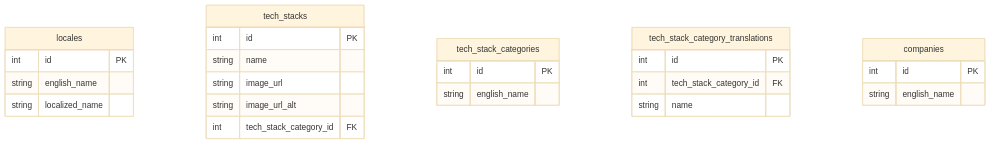
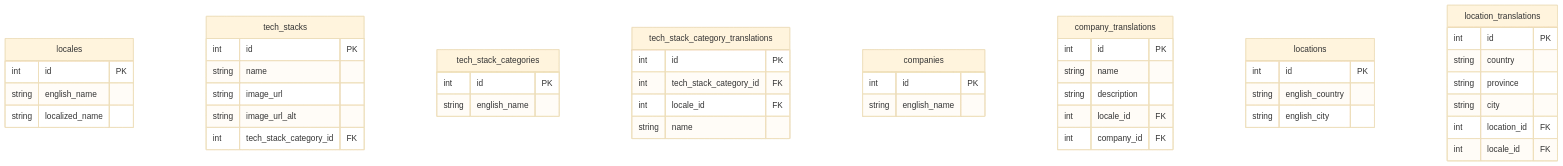
One commit to fadhilahm/personal-website changed the diagram in docs/design/Database Design.md. Above: the diagram before and after it, drawn with Mermaid (base theme). The commit also changed other lines of this file, not shown here.

Commit message:
Add company_translations and locations tables to Database Design documentation with foreign key references and explanations

````diff
--- a/docs/design/Database Design.md
+++ b/docs/design/Database Design.md
@@ -5,35 +5,59 @@
 ```mermaid
 
 erDiagram
 
     locales {
         int     id              PK
         string  english_name
         string  localized_name
     }
 
     tech_stacks {
         int     id                      PK
         string  name
         string  image_url
         string  image_url_alt
         int     tech_stack_category_id  FK
     }
 
     tech_stack_categories {
         int     id              PK
         string  english_name
     }
 
     tech_stack_category_translations  {
         int     id                      PK
         int     tech_stack_category_id  FK
+        int     locale_id               FK
         string  name
     }
 
     companies {
         int     id              PK
         string  english_name
     }
 
+    company_translations {
+        int     id          PK
+        string  name
+        string  description
+        int     locale_id   FK
+        int     company_id  FK
+    }
+
+    locations {
+        int     id              PK
+        string  english_country
+        string  english_city
+    }
+
+    location_translations {
+        int     id          PK
+        string  country
+        string  province
+        string  city
+        int     location_id FK
+        int     locale_id   FK
+    }
+
 ```
````
